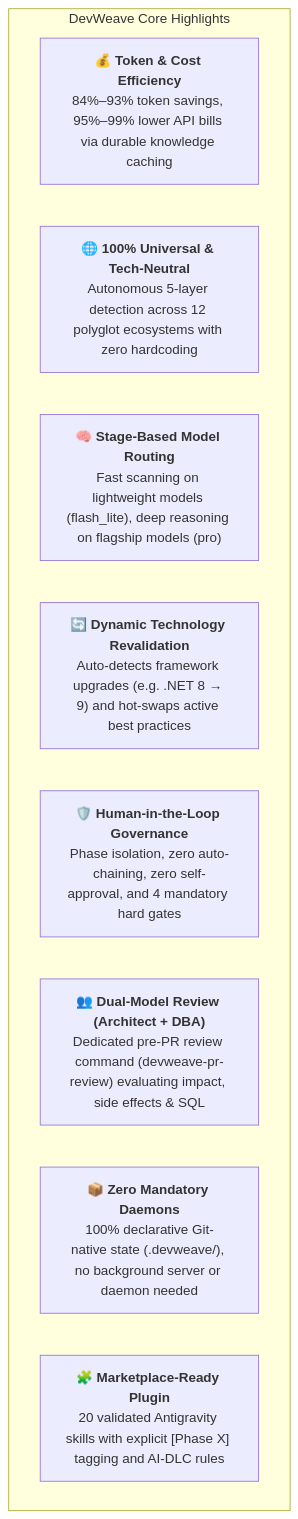
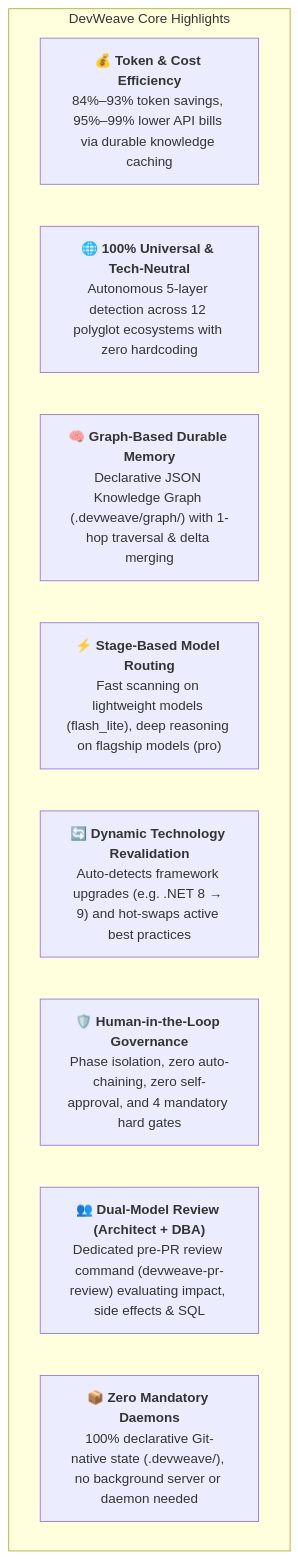
Before and after one commit to paarthivnaik/DevWeave: the first of 2 diagrams in README.md, drawn with Mermaid. The commit also changed other lines of this file and 1 other file, not shown here.

Commit message:
docs: prominently highlight Graph-Based Durable Memory in Product Overview and README

````diff
--- a/README.md
+++ b/README.md
@@ -18,13 +18,13 @@
 ```mermaid
 flowchart TD
     subgraph HIGHLIGHTS["DevWeave Core Highlights"]
         H1["<b>💰 Token & Cost Efficiency</b><br>84%–93% token savings, 95%–99% lower API bills via durable knowledge caching"]
         H2["<b>🌐 100% Universal & Tech-Neutral</b><br>Autonomous 5-layer detection across 12 polyglot ecosystems with zero hardcoding"]
-        H3["<b>🧠 Stage-Based Model Routing</b><br>Fast scanning on lightweight models (flash_lite), deep reasoning on flagship models (pro)"]
-        H4["<b>🔄 Dynamic Technology Revalidation</b><br>Auto-detects framework upgrades (e.g. .NET 8 → 9) and hot-swaps active best practices"]
-        H5["<b>🛡️ Human-in-the-Loop Governance</b><br>Phase isolation, zero auto-chaining, zero self-approval, and 4 mandatory hard gates"]
-        H6["<b>👥 Dual-Model Review (Architect + DBA)</b><br>Dedicated pre-PR review command (devweave-pr-review) evaluating impact, side effects & SQL"]
-        H7["<b>📦 Zero Mandatory Daemons</b><br>100% declarative Git-native state (.devweave/), no background server or daemon needed"]
-        H8["<b>🧩 Marketplace-Ready Plugin</b><br>20 validated Antigravity skills with explicit [Phase X] tagging and AI-DLC rules"]
+        H3["<b>🧠 Graph-Based Durable Memory</b><br>Declarative JSON Knowledge Graph (.devweave/graph/) with 1-hop traversal & delta merging"]
+        H4["<b>⚡ Stage-Based Model Routing</b><br>Fast scanning on lightweight models (flash_lite), deep reasoning on flagship models (pro)"]
+        H5["<b>🔄 Dynamic Technology Revalidation</b><br>Auto-detects framework upgrades (e.g. .NET 8 → 9) and hot-swaps active best practices"]
+        H6["<b>🛡️ Human-in-the-Loop Governance</b><br>Phase isolation, zero auto-chaining, zero self-approval, and 4 mandatory hard gates"]
+        H7["<b>👥 Dual-Model Review (Architect + DBA)</b><br>Dedicated pre-PR review command (devweave-pr-review) evaluating impact, side effects & SQL"]
+        H8["<b>📦 Zero Mandatory Daemons</b><br>100% declarative Git-native state (.devweave/), no background server or daemon needed"]
     end
 ```
````
